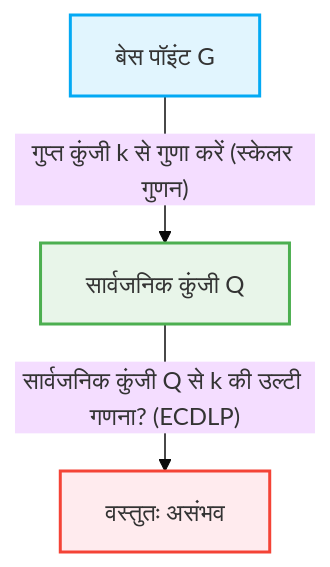
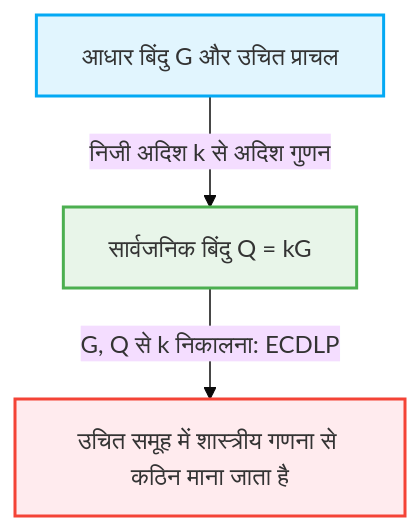
The second of 2 diagrams in content/post/public-key-cryptography-rsa-ecc/index.hi.md (kenjinote/blog), drawn with Mermaid (base theme) before and after one commit. The commit also changed other lines of this file and 5 other files, not shown here.

````diff
--- a/content/post/public-key-cryptography-rsa-ecc/index.hi.md
+++ b/content/post/public-key-cryptography-rsa-ecc/index.hi.md
@@ -123,8 +165,8 @@
 ```mermaid
 graph TD
-    A["बेस पॉइंट G"] -->|"गुप्त कुंजी k से गुणा करें (स्केलर गुणन)"| B["सार्वजनिक कुंजी Q"]
-    B -->|"सार्वजनिक कुंजी Q से k की उल्टी गणना? (ECDLP)"| C["वस्तुतः असंभव"]
+    A["आधार बिंदु G और उचित प्राचल"] -->|"निजी अदिश k से अदिश गुणन"| B["सार्वजनिक बिंदु Q = kG"]
+    B -->|"G, Q से k निकालना: ECDLP"| C["उचित समूह में शास्त्रीय गणना से कठिन माना जाता है"]
     style A fill:#e1f5fe,stroke:#03a9f4,stroke-width:2px
     style B fill:#e8f5e9,stroke:#4caf50,stroke-width:2px
     style C fill:#ffebee,stroke:#f44336,stroke-width:2px
 ```
````
